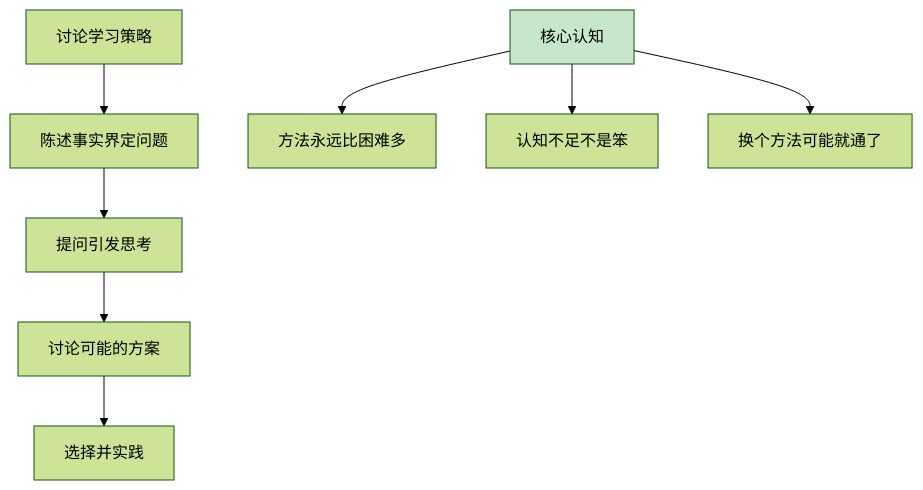
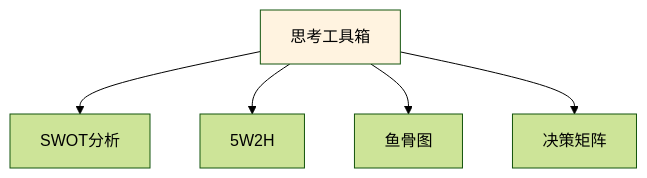
The fourth of 7 diagrams in 10.打工充平常记录/10.自我精进七课/07.底层思维的训练/7.6思考能力的提升.md (chongyang211/YCBookBlog), drawn with Mermaid (forest theme) before and after one commit. The commit also changed other lines of this file and 55 other files, not shown here.

````diff
--- a/10.打工充平常记录/10.自我精进七课/07.底层思维的训练/7.6思考能力的提升.md
+++ b/10.打工充平常记录/10.自我精进七课/07.底层思维的训练/7.6思考能力的提升.md
@@ -119,11 +168,8 @@
 ```mermaid
 graph TD
-    A[讨论学习策略] --> B[陈述事实界定问题]
-    B --> C[提问引发思考]
-    C --> D[讨论可能的方案]
-    D --> E[选择并实践]
-    F[核心认知] --> F1[方法永远比困难多]
-    F --> F2[认知不足不是笨]
-    F --> F3[换个方法可能就通了]
-    style F fill:#c8e6c9
+    A[思考工具箱] --> B[SWOT分析]
+    A --> C[5W2H]
+    A --> D[鱼骨图]
+    A --> E[决策矩阵]
+    style A fill:#fff3e0
 ```
````
